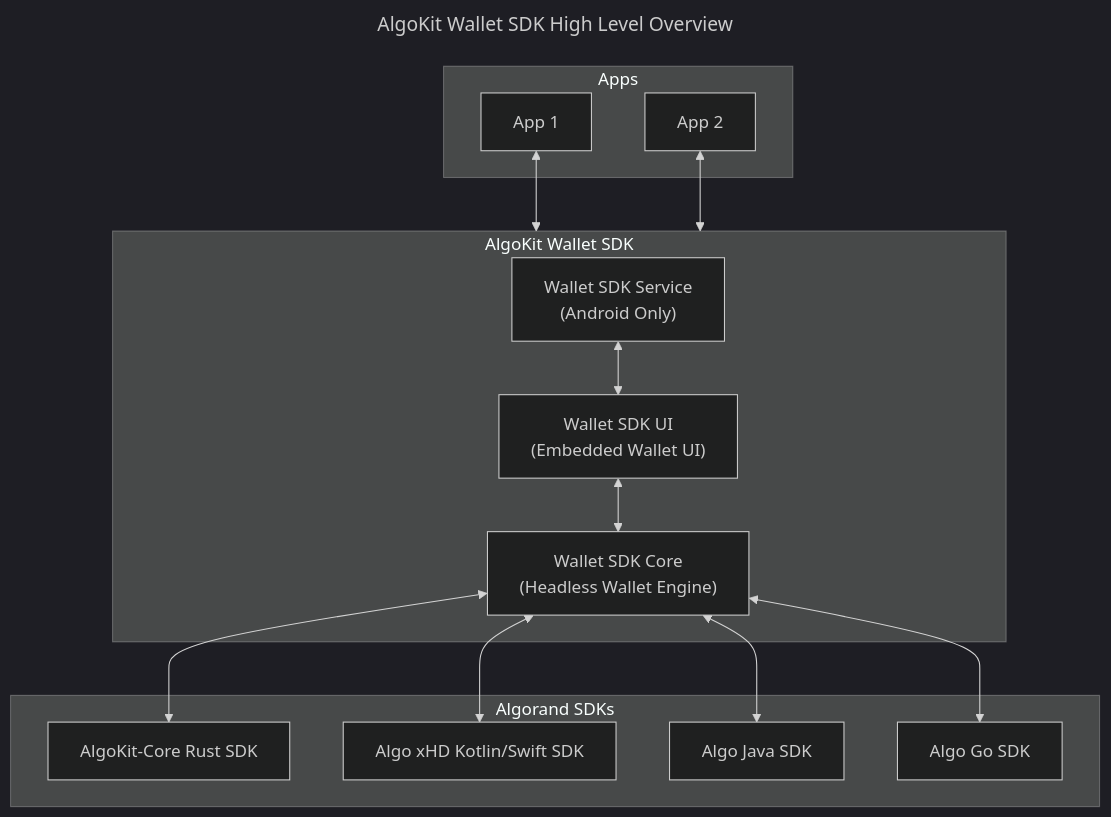
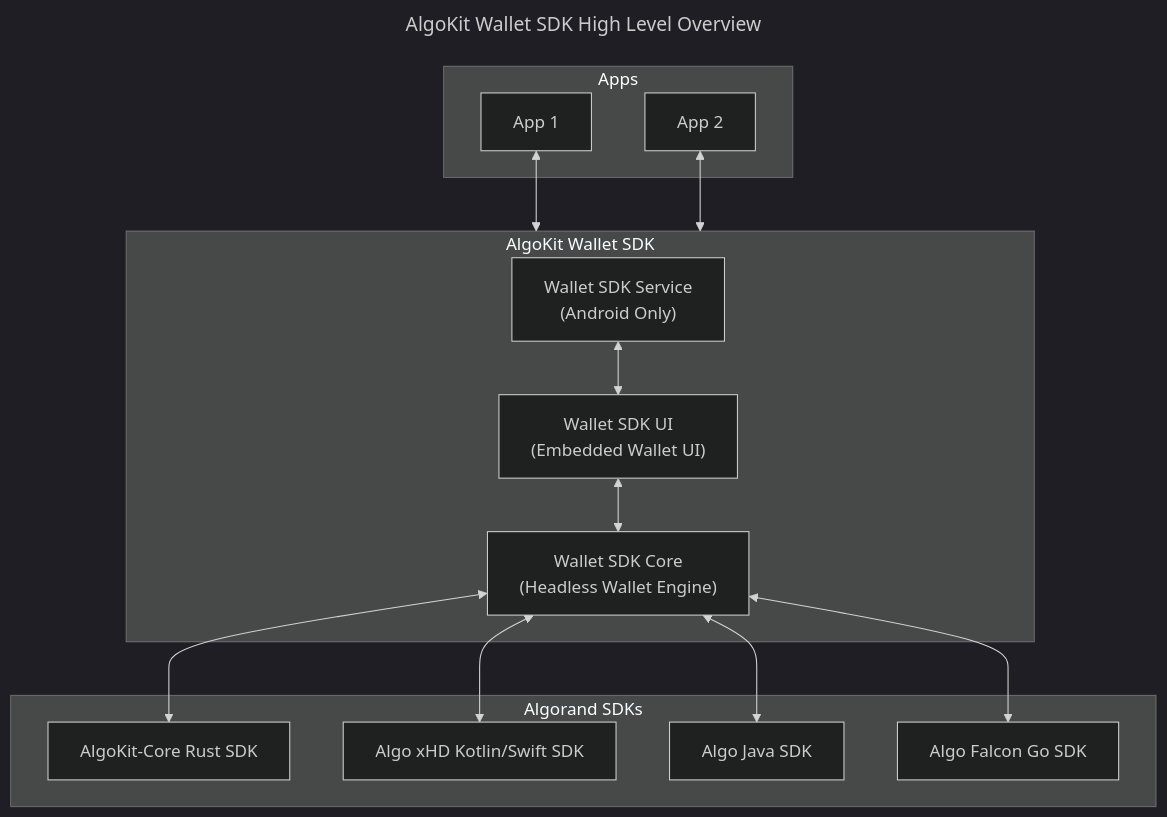
The first of 3 diagrams in README.md (michaeltchuangllc/algokit-walletsdk-kmp), drawn with Mermaid (dark theme) before and after one commit. The commit also changed 42 other files, not shown here.

````diff
--- a/README.md
+++ b/README.md
@@ -23,32 +23,32 @@
 ```mermaid
 ---
 title: AlgoKit Wallet SDK High Level Overview
 ---
 graph TD
     subgraph "Apps"
         App1["App 1"]
         App2["App 2"]
     end
 
     subgraph wallet["AlgoKit Wallet SDK"]
         SDK1["Wallet SDK Service<br/>(Android Only)"]
         SDK2["Wallet SDK UI<br/>(Embedded Wallet UI)"]
         SDK3["Wallet SDK Core<br/>(Headless Wallet Engine)"]
     end
 
     subgraph "Algorand SDKs"
         Core["AlgoKit-Core Rust SDK"]
         xHD["Algo xHD Kotlin/Swift SDK"]
         JavaSDK["Algo Java SDK"]
-        GoSDK["Algo Go SDK"]
+        GoSDK["Algo Falcon Go SDK"]
     end
 
     App1 <--> wallet
     App2 <--> wallet
     SDK1 <--> SDK2
     SDK2 <--> SDK3
     SDK3 <--> Core
     SDK3 <--> xHD
     SDK3 <--> JavaSDK
     SDK3 <--> GoSDK
 ```
````
